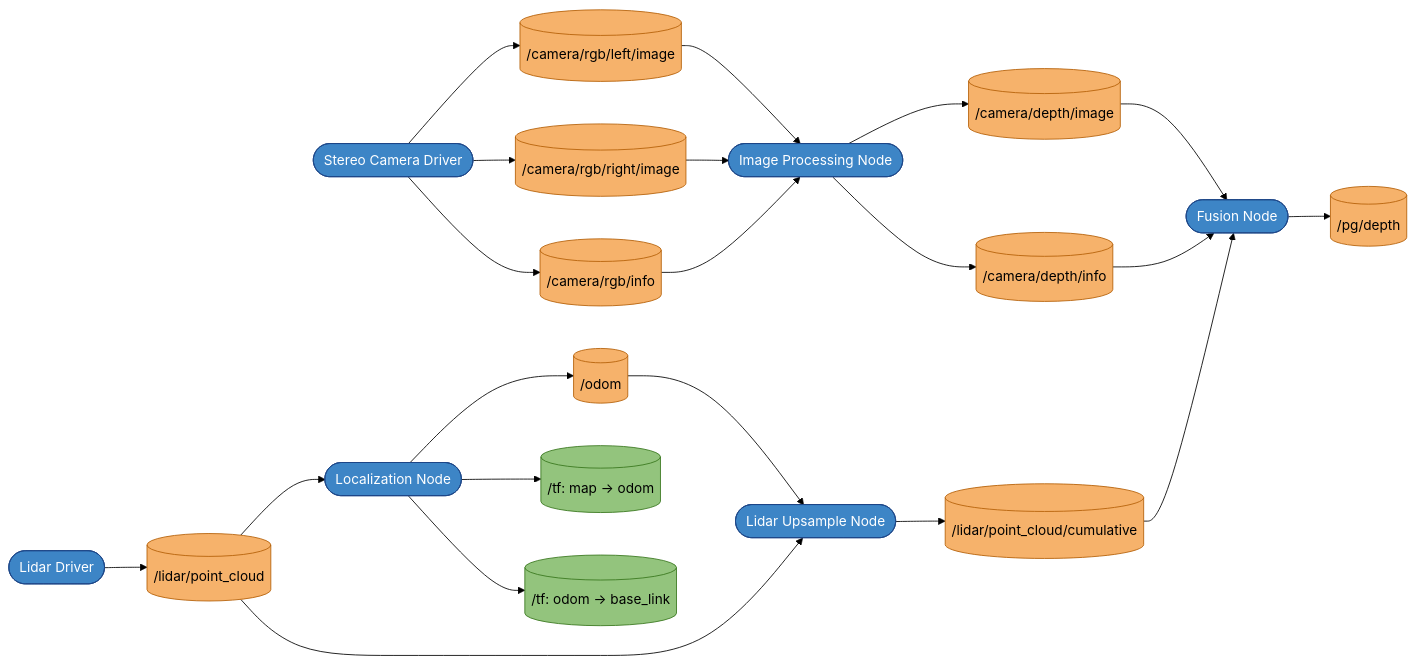
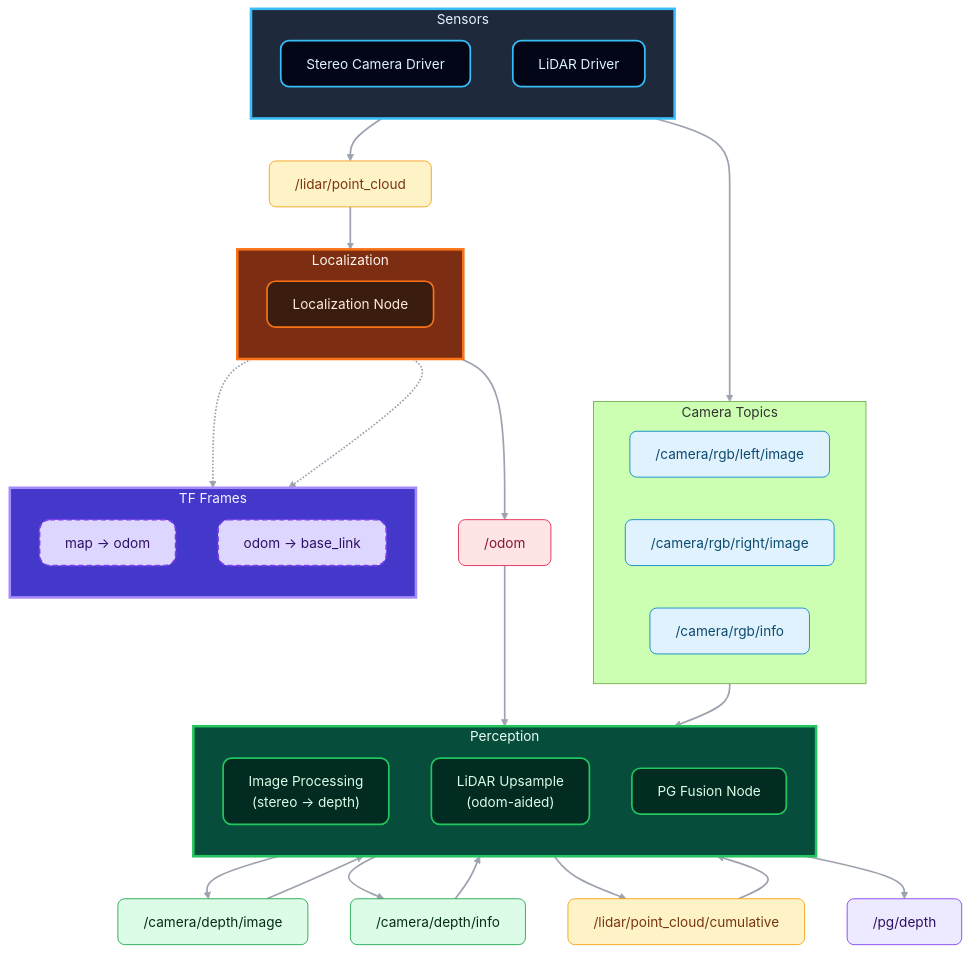
The diagram in mermaid/fusion_flow.mmd (ayusufsirin/master_thesis), drawn with Mermaid (forest theme) before and after one commit. The commit also changed 11 other files, not shown here.

```diff
--- a/mermaid/fusion_flow.mmd
+++ b/mermaid/fusion_flow.mmd
@@ -1,49 +1,94 @@
-flowchart LR
+flowchart TD
+%% =========================================================
+%%  High-contrast ROS architecture (bright panels)
+%% =========================================================
 
-%% ============ NODES ===============
-camera_node(["Stereo Camera Driver"]):::node
-lidar_upsample(["Lidar Upsample Node"]):::node
-lidar_node(["Lidar Driver"]):::node
-localization(["Localization Node"]):::node
-pg(["Fusion Node"]):::node
-image_proc(["Image Processing Node"]):::node
+%% ---------------- SUBSYSTEMS ----------------
+subgraph SENSORS["Sensors"]
+direction TB
+camera_node["Stereo Camera Driver"]:::sensor_node
+lidar_node["LiDAR Driver"]:::sensor_node
+end
+style SENSORS fill:#1e293b,stroke:#38bdf8,stroke-width:3px,color:#e5f3ff
 
-%% ============ TOPICS ===============
-cam_rgb_left[("/camera/rgb/left/image")]:::topic
-cam_rgb_right[("/camera/rgb/right/image")]:::topic
-cam_depth[("/camera/depth/image")]:::topic
-cam_info[("/camera/rgb/info")]:::topic
-cam_depth_info[("/camera/depth/info")]:::topic
-lidar_pc[("/lidar/point_cloud")]:::topic
-lidar_pc_cum[("/lidar/point_cloud/cumulative")]:::topic
-odom[("/odom")]:::topic
-pg_depth[("/pg/depth")]:::topic
+subgraph PERCEPTION["Perception"]
+direction TB
+image_proc["Image Processing<br/>(stereo → depth)"]:::perception_node
+lidar_upsample["LiDAR Upsample<br/>(odom-aided)"]:::perception_node
+pg["PG Fusion Node"]:::perception_node
+end
+style PERCEPTION fill:#064e3b,stroke:#22c55e,stroke-width:3px,color:#ecfdf5
 
-tf_map_odom[("/tf: map → odom")]:::tf
-tf_odom_base[("/tf: odom → base_link")]:::tf
+subgraph LOCALIZATION_G["Localization"]
+direction TB
+localization["Localization Node"]:::localization_node
+end
+style LOCALIZATION_G fill:#7c2d12,stroke:#f97316,stroke-width:3px,color:#fff7ed
 
-%% ============ FLOWS ================
-camera_node --> cam_rgb_left --> image_proc
-camera_node --> cam_rgb_right --> image_proc
-camera_node --> cam_info --> image_proc
-image_proc --> cam_depth
-image_proc --> cam_depth_info
+subgraph CameraTopics["Camera Topics"]
+direction LR
+cam_rgb_left["/camera/rgb/left/image"]:::topic_camera
+cam_rgb_right["/camera/rgb/right/image"]:::topic_camera
+cam_info["/camera/rgb/info"]:::topic_camera
+end
+
+%% ---------------- TOPICS ----------------
+%%subgraph TOPICS["ROS Topics"]
+%%direction TB
+cam_rgb_left["/camera/rgb/left/image"]:::topic_camera
+cam_rgb_right["/camera/rgb/right/image"]:::topic_camera
+cam_info["/camera/rgb/info"]:::topic_camera
+cam_depth["/camera/depth/image"]:::topic_depth
+cam_depth_info["/camera/depth/info"]:::topic_depth
+
+lidar_pc["/lidar/point_cloud"]:::topic_lidar
+lidar_pc_cum["/lidar/point_cloud/cumulative"]:::topic_lidar
+
+odom["/odom"]:::topic_odom
+pg_depth["/pg/depth"]:::topic_fused
+%%end
+%%style TOPICS fill:#334155,stroke:#64748b,stroke-width:2px,color:#f8fafc
+
+%% ---------------- TF ----------------
+subgraph TF["TF Frames"]
+direction TB
+tf_map_odom["map → odom"]:::tf_frame
+tf_odom_base["odom → base_link"]:::tf_frame
+end
+style TF fill:#4338ca,stroke:#a78bfa,stroke-width:3px,color:#f5f3ff
+
+%% ---------------- FLOWS ----------------
+camera_node --> CameraTopics --> image_proc
+%%camera_node --> cam_rgb_right --> image_proc
+%%camera_node --> cam_info --> image_proc
+
+image_proc --> cam_depth --> pg
+image_proc --> cam_depth_info --> pg
 
 lidar_node --> lidar_pc --> localization
+localization --> odom --> lidar_upsample
+lidar_upsample --> lidar_pc_cum --> pg
 
-localization --> odom
+pg --> pg_depth
 
-lidar_pc_cum --> pg
-cam_depth_info --> pg
-cam_depth --> pg --> pg_depth
+localization -.-> tf_map_odom
+localization -.-> tf_odom_base
 
-lidar_pc --> lidar_upsample --> lidar_pc_cum
-odom --> lidar_upsample
+%% ---------------- STYLES ----------------
+%% Nodes
+classDef sensor_node fill:#020617,stroke:#38bdf8,stroke-width:2px,color:#e0f2fe,rx:10,ry:10;
+classDef perception_node fill:#022c22,stroke:#22c55e,stroke-width:2px,color:#dcfce7,rx:10,ry:10;
+classDef localization_node fill:#3b1d0f,stroke:#f97316,stroke-width:2px,color:#ffedd5,rx:10,ry:10;
 
-localization --> tf_map_odom
-localization --> tf_odom_base
+%% Topics
+classDef topic_camera fill:#e0f2fe,stroke:#0284c7,color:#0c4a6e,rx:8,ry:8;
+classDef topic_depth fill:#dcfce7,stroke:#16a34a,color:#052e16,rx:8,ry:8;
+classDef topic_lidar fill:#fef3c7,stroke:#f59e0b,color:#78350f,rx:8,ry:8;
+classDef topic_odom fill:#ffe4e6,stroke:#e11d48,color:#881337,rx:8,ry:8;
+classDef topic_fused fill:#ede9fe,stroke:#7c3aed,color:#2e1065,rx:8,ry:8;
 
-%% ============ STYLING ===============
-classDef node fill:#3d85c6,stroke:#1c4587,color:#fff,rx:6,ry:6;
-classDef topic fill:#f6b26b,stroke:#b45f06,color:#000,rx:4,ry:4;
-classDef tf fill:#93c47d,stroke:#38761d,color:#000,rx:4,ry:4;
+%% TF
+classDef tf_frame fill:#ddd6fe,stroke:#7c3aed,stroke-width:2px,color:#2e1065,rx:12,ry:12,stroke-dasharray:6 4;
+
+%% Links
+linkStyle default stroke:#9ca3af,stroke-width:2px
```
